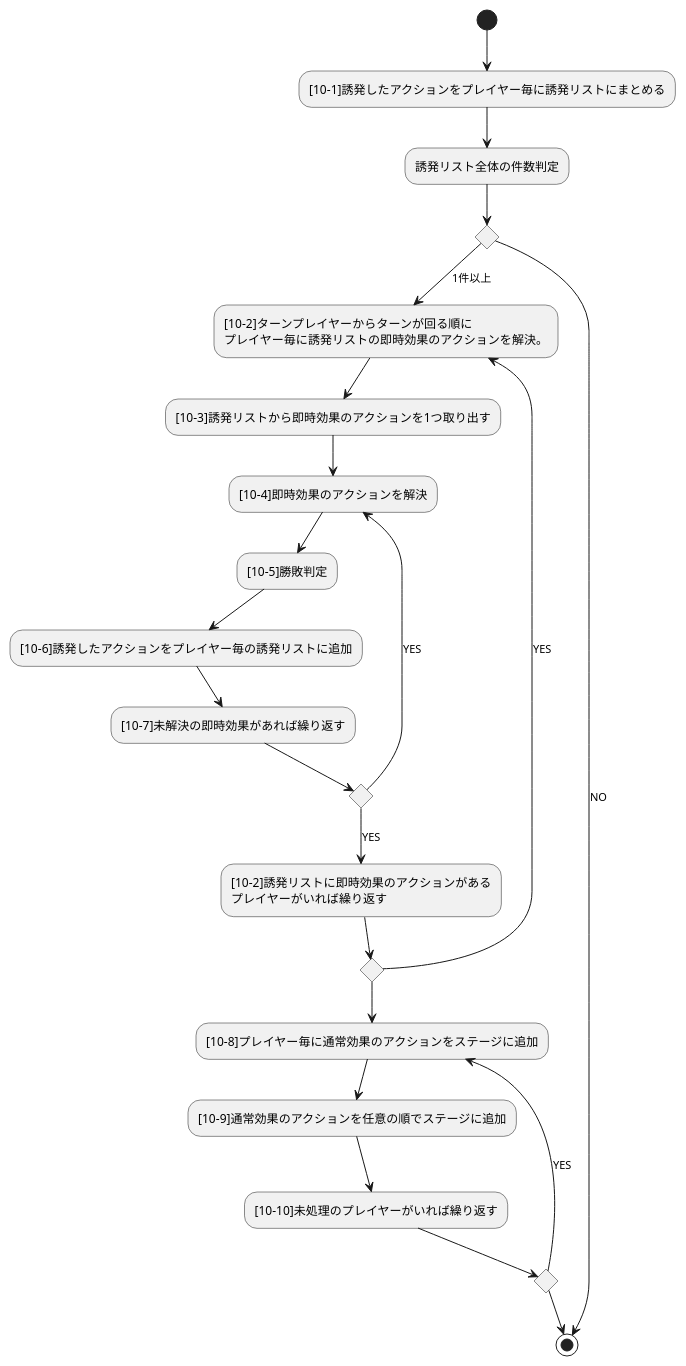
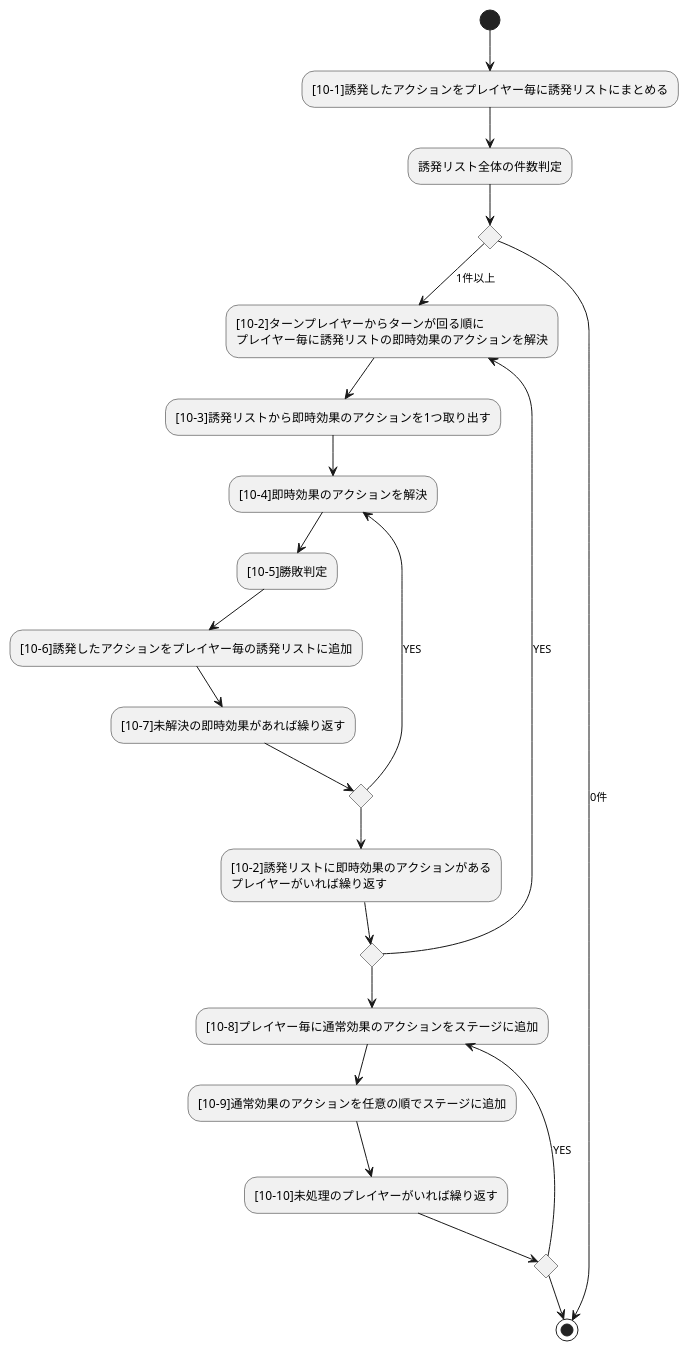
Before and after one commit to BlackPoker/BlackPoker: the diagram in source/core/triggerflow.puml, drawn with PlantUML.

Commit message:
番号整理

```diff
--- a/source/core/triggerflow.puml
+++ b/source/core/triggerflow.puml
@@ -1,34 +1,34 @@
 @startuml
 (*) --> "[10-1]誘発したアクションをプレイヤー毎に誘発リストにまとめる"
 --> "誘発リスト全体の件数判定"
 
 if "" then
-    -->[1件以上] "[10-2]ターンプレイヤーからターンが回る順に\nプレイヤー毎に誘発リストの即時効果のアクションを解決。"
+    -->[1件以上] "[10-2]ターンプレイヤーからターンが回る順に\nプレイヤー毎に誘発リストの即時効果のアクションを解決"
     -->"[10-3]誘発リストから即時効果のアクションを1つ取り出す"
     -->"[10-4]即時効果のアクションを解決"
     -->"[10-5]勝敗判定"
     -->"[10-6]誘発したアクションをプレイヤー毎の誘発リストに追加"
     -->"[10-7]未解決の即時効果があれば繰り返す"
     if "" then
         -->[YES] "[10-4]即時効果のアクションを解決"
     else
-        -->[YES] "[10-2]誘発リストに即時効果のアクションがある\nプレイヤーがいれば繰り返す"
+        -->"[10-2]誘発リストに即時効果のアクションがある\nプレイヤーがいれば繰り返す"
         if "" then
-            -->[YES] "[10-2]ターンプレイヤーからターンが回る順に\nプレイヤー毎に誘発リストの即時効果のアクションを解決。"
+            -->[YES] "[10-2]ターンプレイヤーからターンが回る順に\nプレイヤー毎に誘発リストの即時効果のアクションを解決"
         else
             -->"[10-8]プレイヤー毎に通常効果のアクションをステージに追加"
             -->"[10-9]通常効果のアクションを任意の順でステージに追加"
             -->"[10-10]未処理のプレイヤーがいれば繰り返す"
             if "" then
                 -->[YES] "[10-8]プレイヤー毎に通常効果のアクションをステージに追加"
             else
                 -->(*)
             endif
         endif
     endif
 
 else
-    -->[NO] (*)
+    -->[0件] (*)
 endif
 
 @enduml
```
